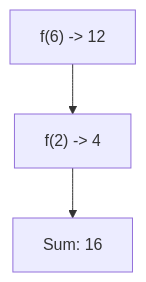
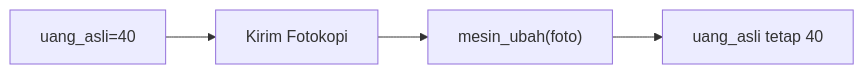
Before and after one commit to amnahwaida/OSNK_INF_PREP: the fifth of 25 diagrams in part-c-pemahaman-cpp/04-fungsi/latihan/set-09.md, drawn with Mermaid. The commit also changed other lines of this file and 71 other files, not shown here.

````diff
--- a/part-c-pemahaman-cpp/04-fungsi/latihan/set-09.md
+++ b/part-c-pemahaman-cpp/04-fungsi/latihan/set-09.md
@@ -127,5 +133,6 @@
 ```mermaid
-graph TD
-A["f(6) -> 12"] --> B["f(2) -> 4"]
-B --> C["Sum: 16"]
+graph LR
+A["uang_asli=40"] --> B["Kirim Fotokopi"]
+B --> C["mesin_ubah(foto)"]
+C --> D["uang_asli tetap 40"]
 ```
````
